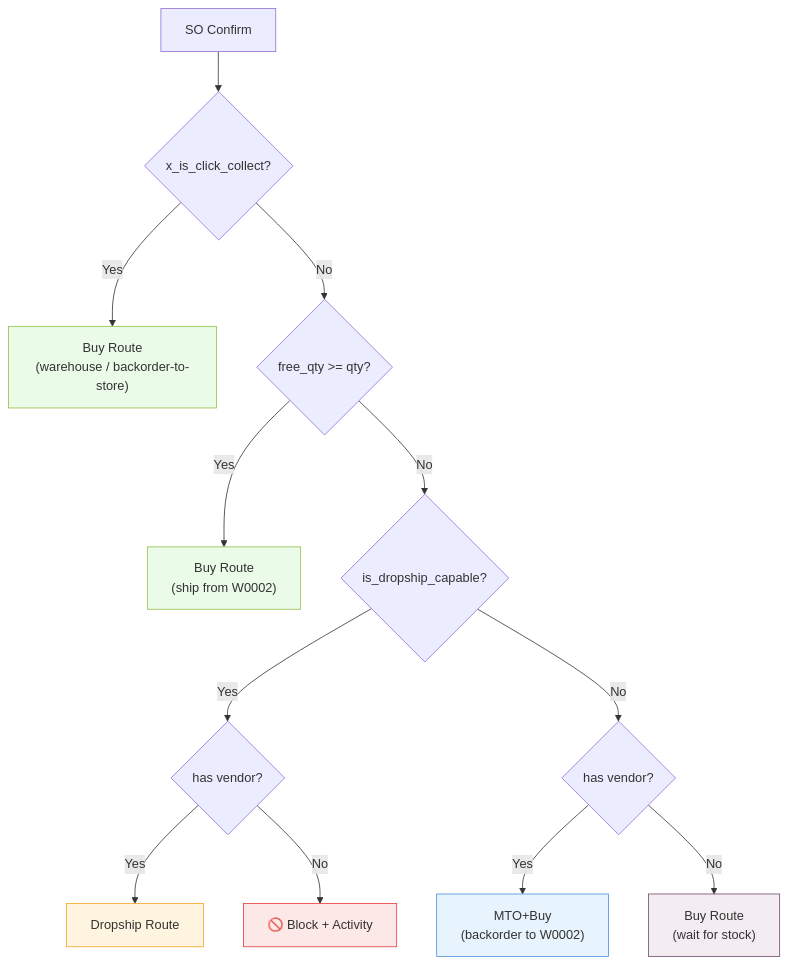
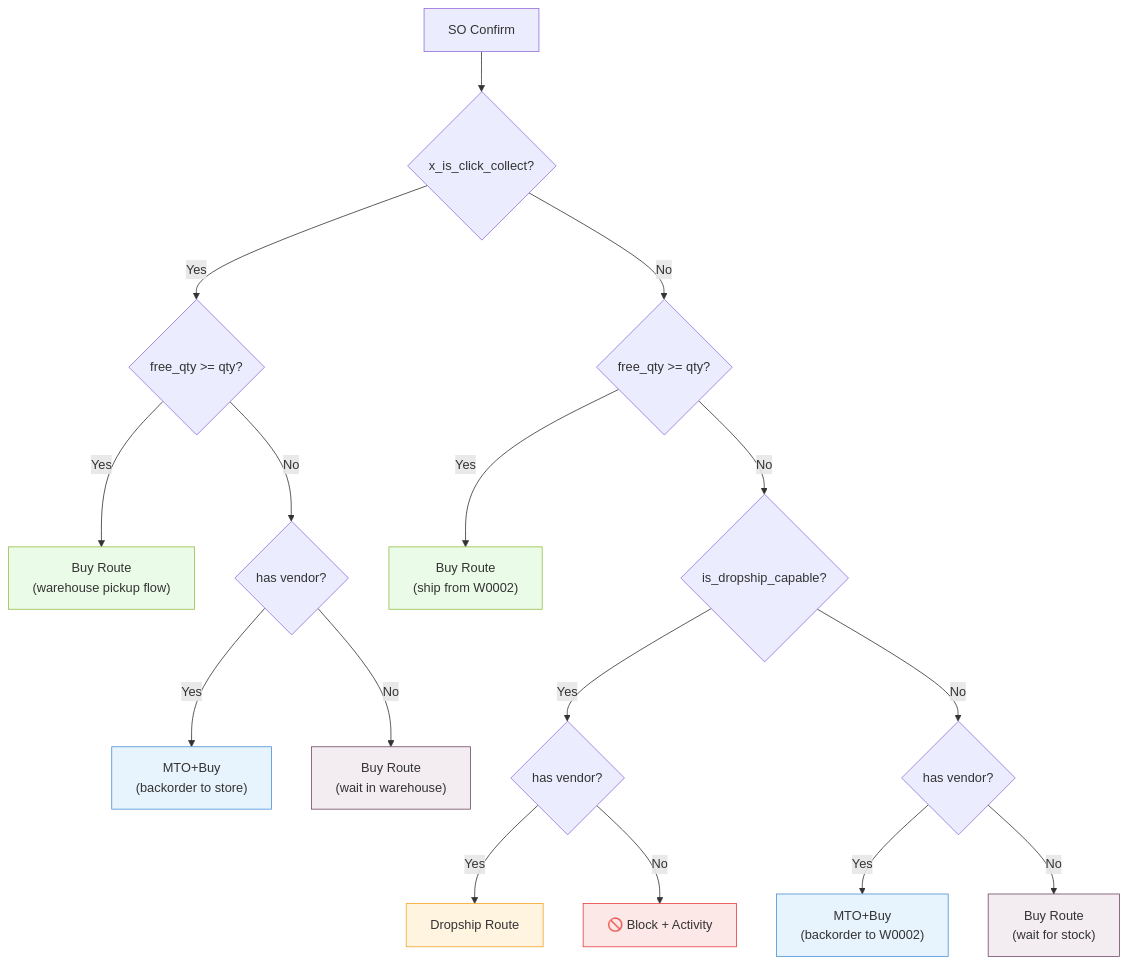
Before and after one commit to ozan-droid/documents: the first of 2 diagrams in fullfilment-strategy-analysis.md, drawn with Mermaid. The commit also changed other lines of this file, not shown here.

````diff
--- a/fullfilment-strategy-analysis.md
+++ b/fullfilment-strategy-analysis.md
@@ -217,21 +225,27 @@
 ```mermaid
 flowchart TD
     START["SO Confirm"] --> CC{"x_is_click_collect?"}
-    CC -->|"Yes"| WH_CC["Buy Route<br/>(warehouse / backorder-to-store)"]
+    CC -->|"Yes"| CC_STOCK{"free_qty >= qty?"}
+    CC_STOCK -->|"Yes"| WH_CC["Buy Route<br/>(warehouse pickup flow)"]
+    CC_STOCK -->|"No"| CC_VENDOR{"has vendor?"}
+    CC_VENDOR -->|"Yes"| CC_MTO["MTO+Buy<br/>(backorder to store)"]
+    CC_VENDOR -->|"No"| CC_WAIT["Buy Route<br/>(wait in warehouse)"]
     CC -->|"No"| STOCK{"free_qty >= qty?"}
     STOCK -->|"Yes"| WH["Buy Route<br/>(ship from W0002)"]
     STOCK -->|"No"| DS{"is_dropship_capable?"}
     DS -->|"Yes"| VENDOR{"has vendor?"}
     VENDOR -->|"Yes"| DROP["Dropship Route"]
     VENDOR -->|"No"| BLOCK["🚫 Block + Activity"]
     DS -->|"No"| VENDOR2{"has vendor?"}
     VENDOR2 -->|"Yes"| MTO["MTO+Buy<br/>(backorder to W0002)"]
     VENDOR2 -->|"No"| WH_WAIT["Buy Route<br/>(wait for stock)"]
 
     style WH_CC fill:#eafbe7,stroke:#96bf48
+    style CC_MTO fill:#e8f4fd,stroke:#4a90d9
+    style CC_WAIT fill:#f3edf2,stroke:#714b67
     style WH fill:#eafbe7,stroke:#96bf48
     style DROP fill:#fff4e0,stroke:#f5a623
     style BLOCK fill:#fde8e8,stroke:#e53e3e
     style MTO fill:#e8f4fd,stroke:#4a90d9
     style WH_WAIT fill:#f3edf2,stroke:#714b67
 ```
````
